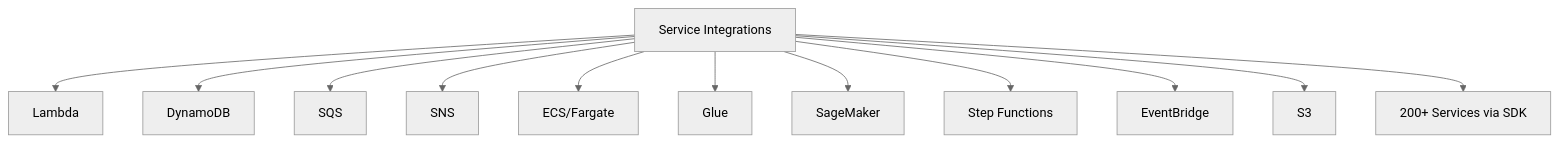
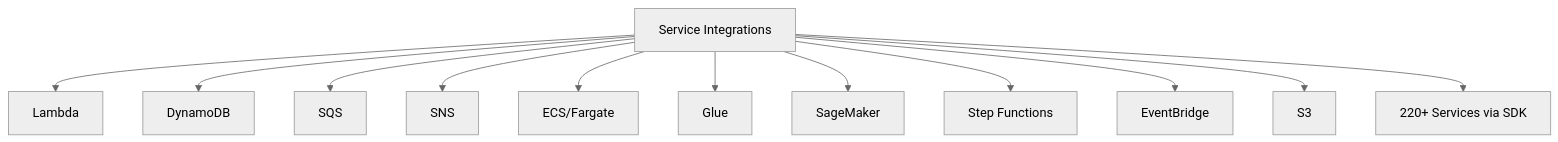
One commit to OneUptime/blog changed the second of 2 diagrams in posts/2026-02-12-use-aws-step-functions-workflow-studio/README.md. Above: the diagram before and after it, drawn with Mermaid (neutral theme). The commit also changed other lines of this file and 2 other files, not shown here.

````diff
--- a/posts/2026-02-12-use-aws-step-functions-workflow-studio/README.md
+++ b/posts/2026-02-12-use-aws-step-functions-workflow-studio/README.md
@@ -203,14 +241,14 @@
 ```mermaid
 graph TD
     A[Service Integrations] --> B[Lambda]
     A --> C[DynamoDB]
     A --> D[SQS]
     A --> E[SNS]
     A --> F[ECS/Fargate]
     A --> G[Glue]
     A --> H[SageMaker]
     A --> I[Step Functions]
     A --> J[EventBridge]
     A --> K[S3]
-    A --> L[200+ Services via SDK]
+    A --> L[220+ Services via SDK]
 ```
````
